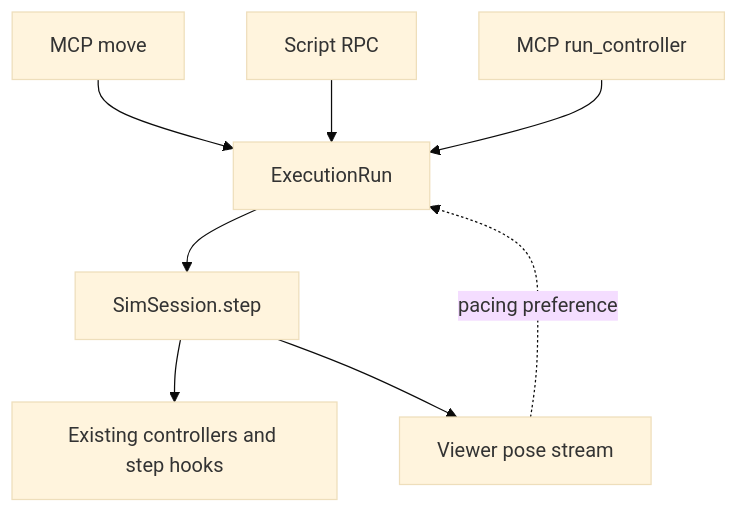
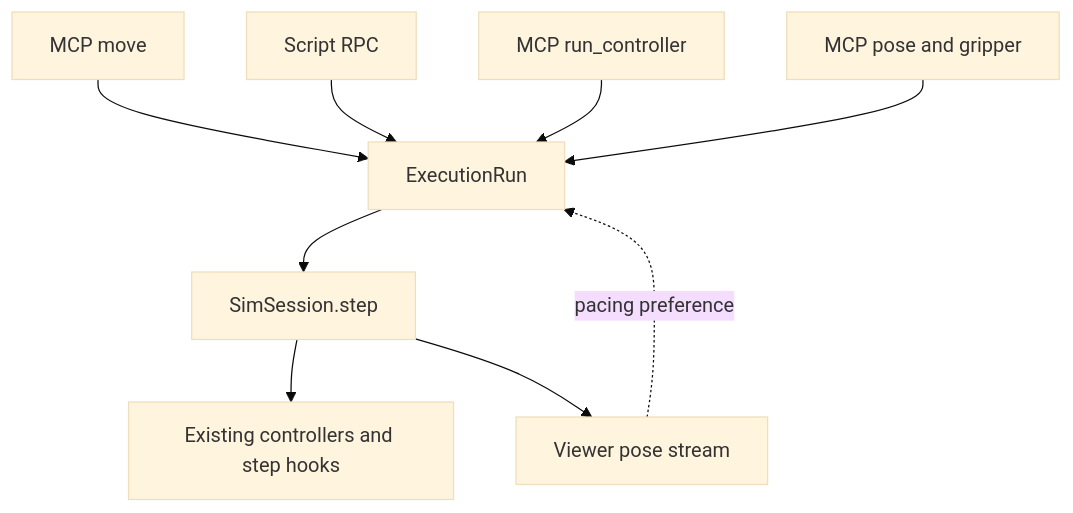
The diagram in docs/EXECUTION.md (yusenthebot/robotforge), drawn with Mermaid (base theme) before and after one commit. The commit also changed other lines of this file and 7 other files, not shown here.

Commit message:
refactor: migrate pose and gripper to recorded execution

````diff
--- a/docs/EXECUTION.md
+++ b/docs/EXECUTION.md
@@ -15,10 +15,11 @@
 ```mermaid
 flowchart TD
     M[MCP move] --> E[ExecutionRun]
     S[Script RPC] --> E
     R[MCP run_controller] --> E
+    B[MCP pose and gripper] --> E
     E --> P[SimSession.step]
     P --> C[Existing controllers and step hooks]
     P --> V[Viewer pose stream]
     V -. pacing preference .-> E
 ```
````
